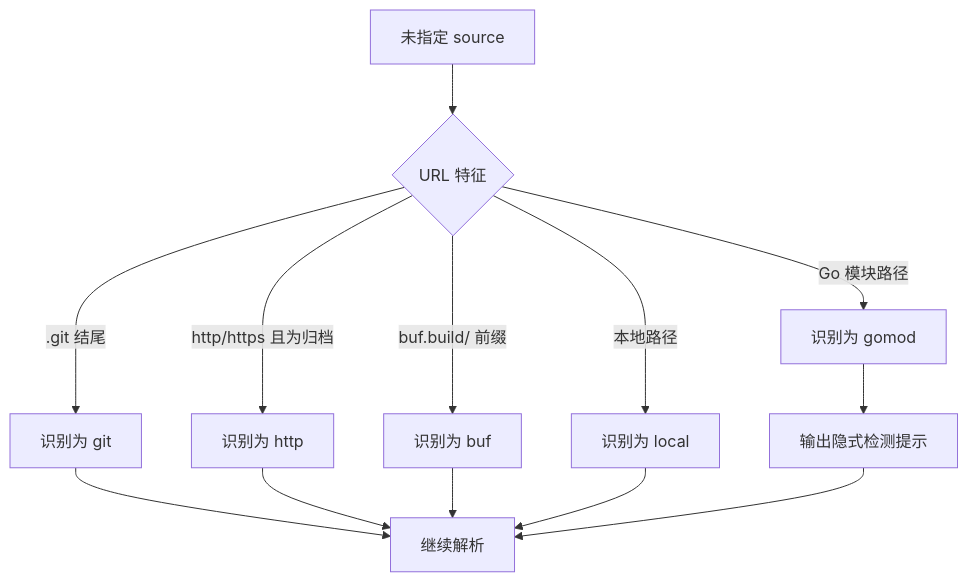
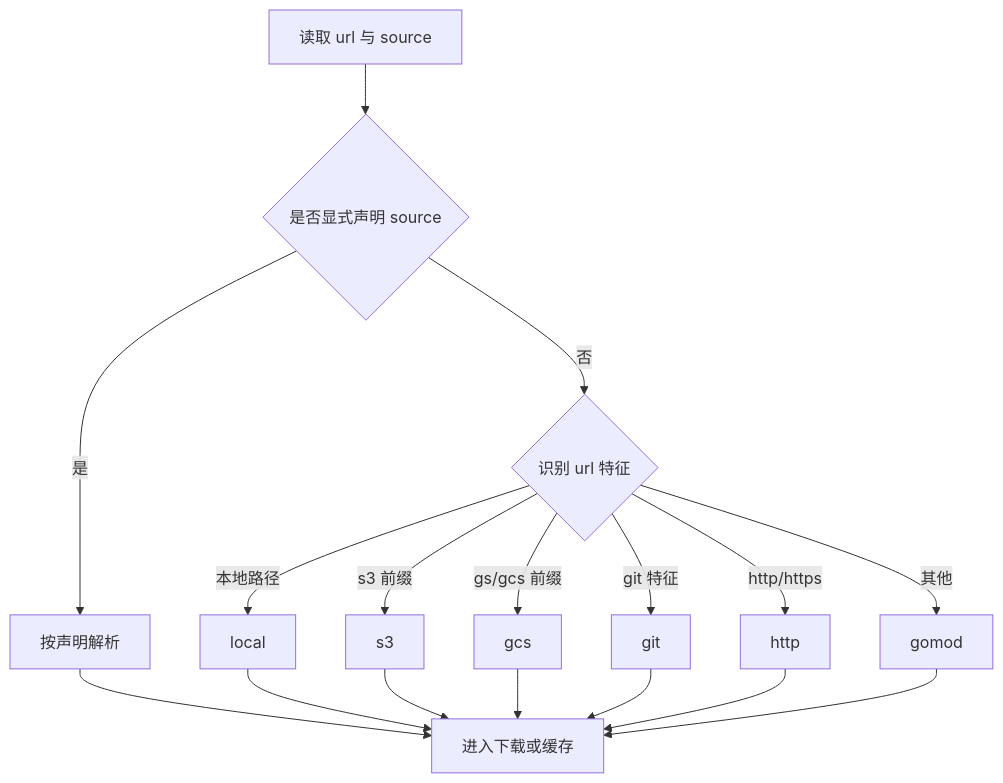
Before and after one commit to pubgo/protobuild: the second of 3 diagrams in docs/MULTI_SOURCE_DEPS.md, drawn with Mermaid. The commit also changed other lines of this file and 9 other files, not shown here.

````diff
--- a/docs/MULTI_SOURCE_DEPS.md
+++ b/docs/MULTI_SOURCE_DEPS.md
@@ -191,15 +47,19 @@
 ```mermaid
 flowchart TD
-  A[未指定 source] --> B{URL 特征}
-  B -->|Go 模块路径| S1[识别为 gomod]
-  B -->|.git 结尾| S2[识别为 git]
-  B -->|http/https 且为归档| S3[识别为 http]
-  B -->|buf.build/ 前缀| S4[识别为 buf]
-  B -->|本地路径| S5[识别为 local]
-  S1 --> W[输出隐式检测提示]
-  S2 --> N[继续解析]
-  S3 --> N
-  S4 --> N
-  S5 --> N
-  W --> N
+  A[读取 url 与 source] --> B{是否显式声明 source}
+  B -->|是| C[按声明解析]
+  B -->|否| D{识别 url 特征}
+  D -->|本地路径| S1[local]
+  D -->|s3 前缀| S2[s3]
+  D -->|gs/gcs 前缀| S3[gcs]
+  D -->|git 特征| S4[git]
+  D -->|http/https| S5[http]
+  D -->|其他| S6[gomod]
+  C --> E[进入下载或缓存]
+  S1 --> E
+  S2 --> E
+  S3 --> E
+  S4 --> E
+  S5 --> E
+  S6 --> E
 ```
````
